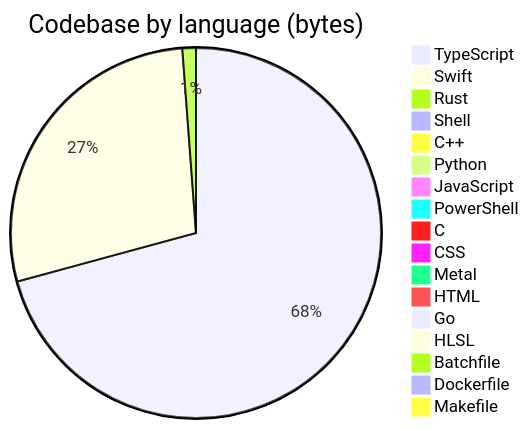
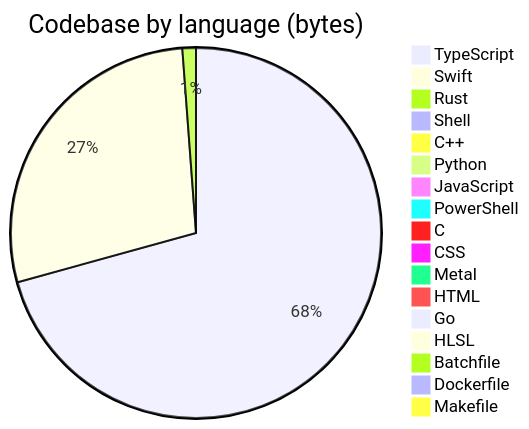
Before and after one commit to Open330/.github: the diagram in profile/README.md, drawn with Mermaid. The commit also changed other lines of this file, not shown here.

````diff
--- a/profile/README.md
+++ b/profile/README.md
@@ -125,20 +125,20 @@
 ```mermaid
 pie title Codebase by language (bytes)
     "TypeScript" : 33807930
-    "Swift" : 13392718
+    "Swift" : 13435323
     "Rust" : 564235
     "Shell" : 439422
     "C++" : 388775
     "Python" : 294503
     "JavaScript" : 182753
     "PowerShell" : 128198
     "C" : 114143
     "CSS" : 71809
     "Metal" : 33033
     "HTML" : 31957
     "Go" : 22811
     "HLSL" : 7527
     "Batchfile" : 5870
     "Dockerfile" : 4893
     "Makefile" : 1150
 ```
````
